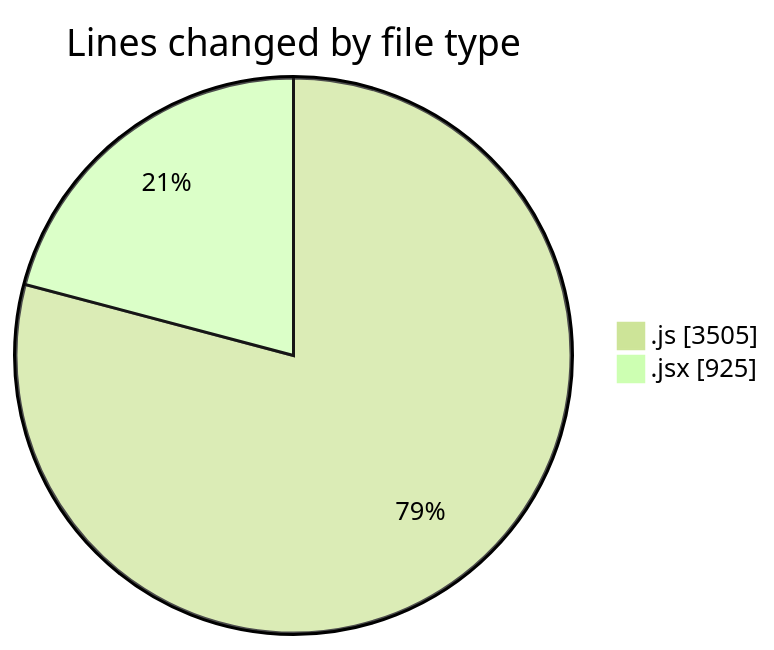
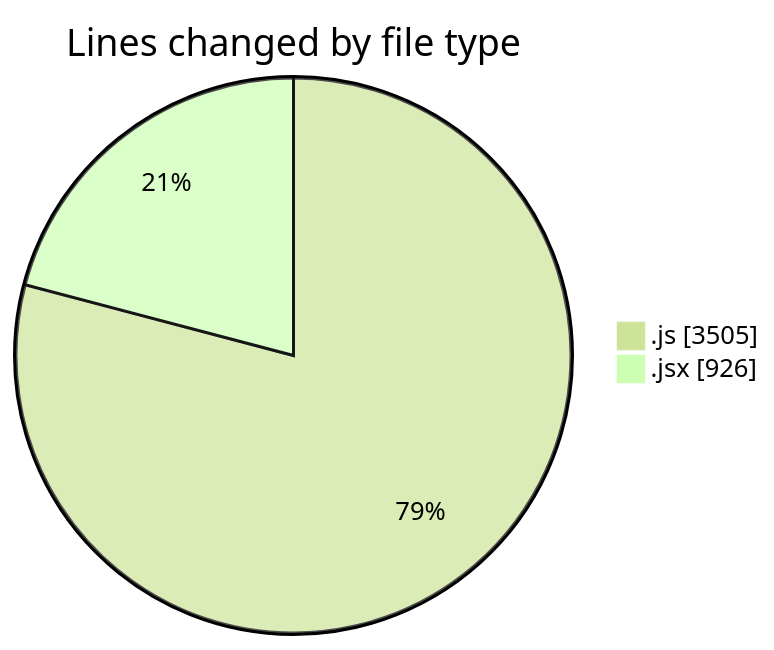
One commit to nxtqubesakshisongat/code-tracking changed the first of 2 diagrams in 2025-09-24/nxtqube_webapp/README.md. Above: the diagram before and after it, drawn with Mermaid (forest theme). The commit also changed other lines of this file and 1 other file, not shown here.

````diff
--- a/2025-09-24/nxtqube_webapp/README.md
+++ b/2025-09-24/nxtqube_webapp/README.md
@@ -23,6 +23,6 @@
 ```mermaid
 pie showData
 title Lines changed by file type
 ".js" : 3505
-".jsx" : 925
+".jsx" : 926
 ```
````
